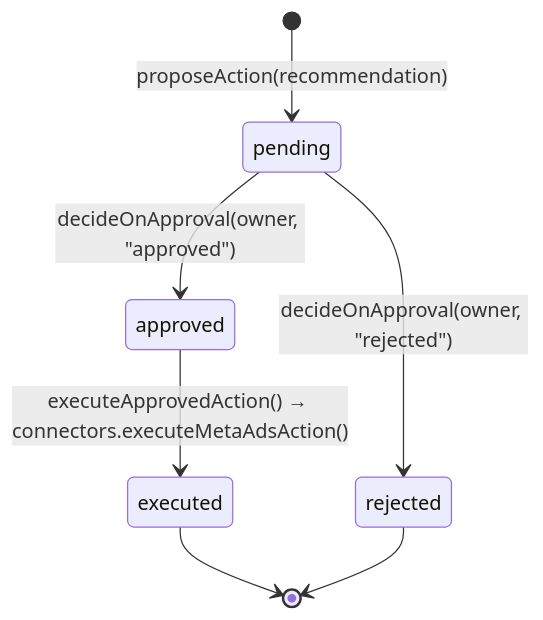
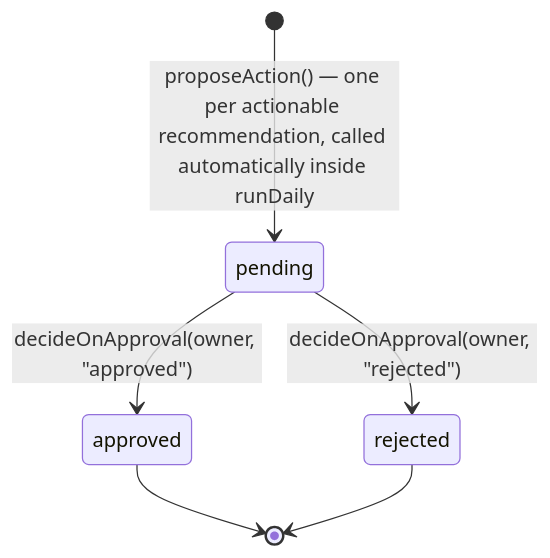
One commit to loonarsliving/Aiagent changed the first of 2 diagrams in docs/ARCHITECTURE.md. Above: the diagram before and after it, drawn with Mermaid. The commit also changed other lines of this file and 92 other files, not shown here.

````diff
--- a/docs/ARCHITECTURE.md
+++ b/docs/ARCHITECTURE.md
@@ -75,9 +116,8 @@
 ```mermaid
 stateDiagram-v2
-    [*] --> pending: proposeAction(recommendation)
+    [*] --> pending: proposeAction() — one per actionable recommendation, called automatically inside runDaily
     pending --> approved: decideOnApproval(owner, "approved")
     pending --> rejected: decideOnApproval(owner, "rejected")
-    approved --> executed: executeApprovedAction() → connectors.executeMetaAdsAction()
-    executed --> [*]
+    approved --> [*]
     rejected --> [*]
 ```
````
